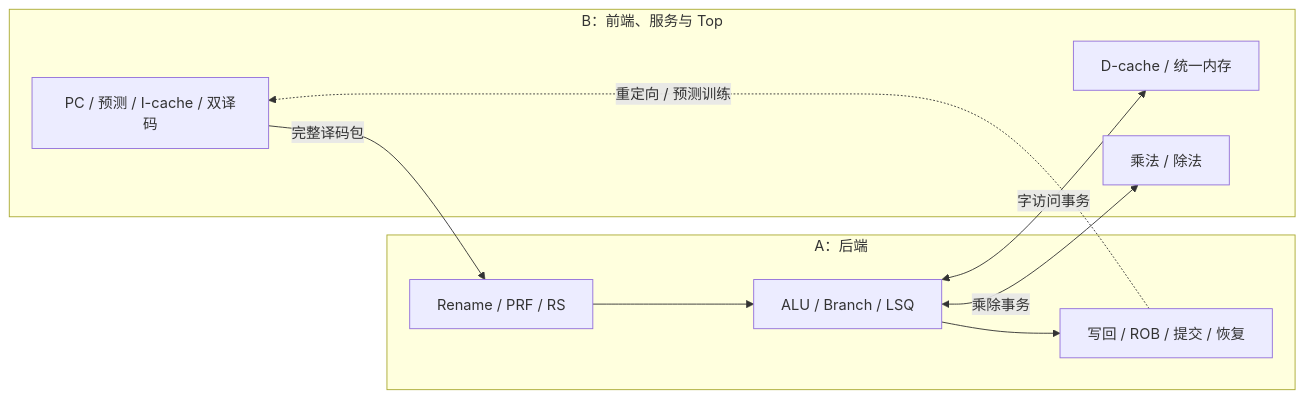
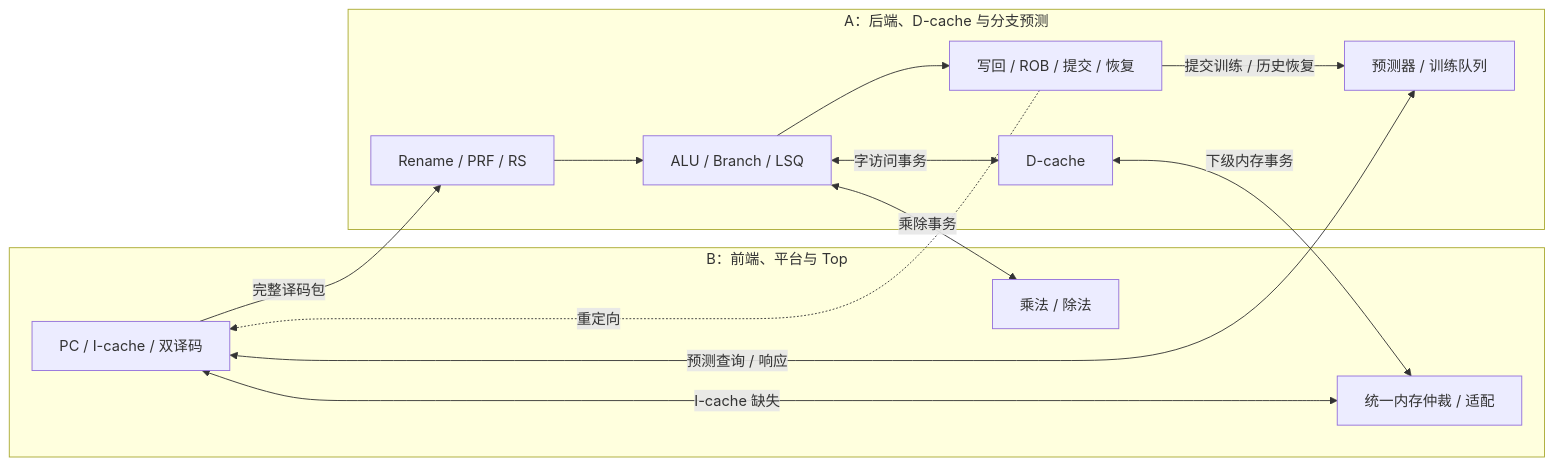
Before and after one commit to Team-Homework/ParaRISC: the diagram in docs/planning/project-ab-plan.md, drawn with Mermaid. The commit also changed other lines of this file and 4 other files, not shown here.

````diff
--- a/docs/planning/project-ab-plan.md
+++ b/docs/planning/project-ab-plan.md
@@ -18,16 +18,22 @@
 ```mermaid
 flowchart LR
-  subgraph B["B：前端、服务与 Top"]
-    FE["PC / 预测 / I-cache / 双译码"]
-    DC["D-cache / 统一内存"]
+  subgraph B["B：前端、平台与 Top"]
+    FE["PC / I-cache / 双译码"]
+    MEM["统一内存仲裁 / 适配"]
     MDU["乘法 / 除法"]
   end
-  subgraph A["A：后端"]
+  subgraph A["A：后端、D-cache 与分支预测"]
     REN["Rename / PRF / RS"] --> EX["ALU / Branch / LSQ"]
     EX --> ROB["写回 / ROB / 提交 / 恢复"]
+    DC["D-cache"]
+    BP["预测器 / 训练队列"]
   end
   FE -->|"完整译码包"| REN
-  ROB -. "重定向 / 预测训练" .-> FE
+  ROB -. "重定向" .-> FE
+  ROB -->|"提交训练 / 历史恢复"| BP
+  FE <-->|"预测查询 / 响应"| BP
   EX <-->|"字访问事务"| DC
+  DC <-->|"下级内存事务"| MEM
+  FE <-->|"I-cache 缺失"| MEM
   EX <-->|"乘除事务"| MDU
 ```
````
